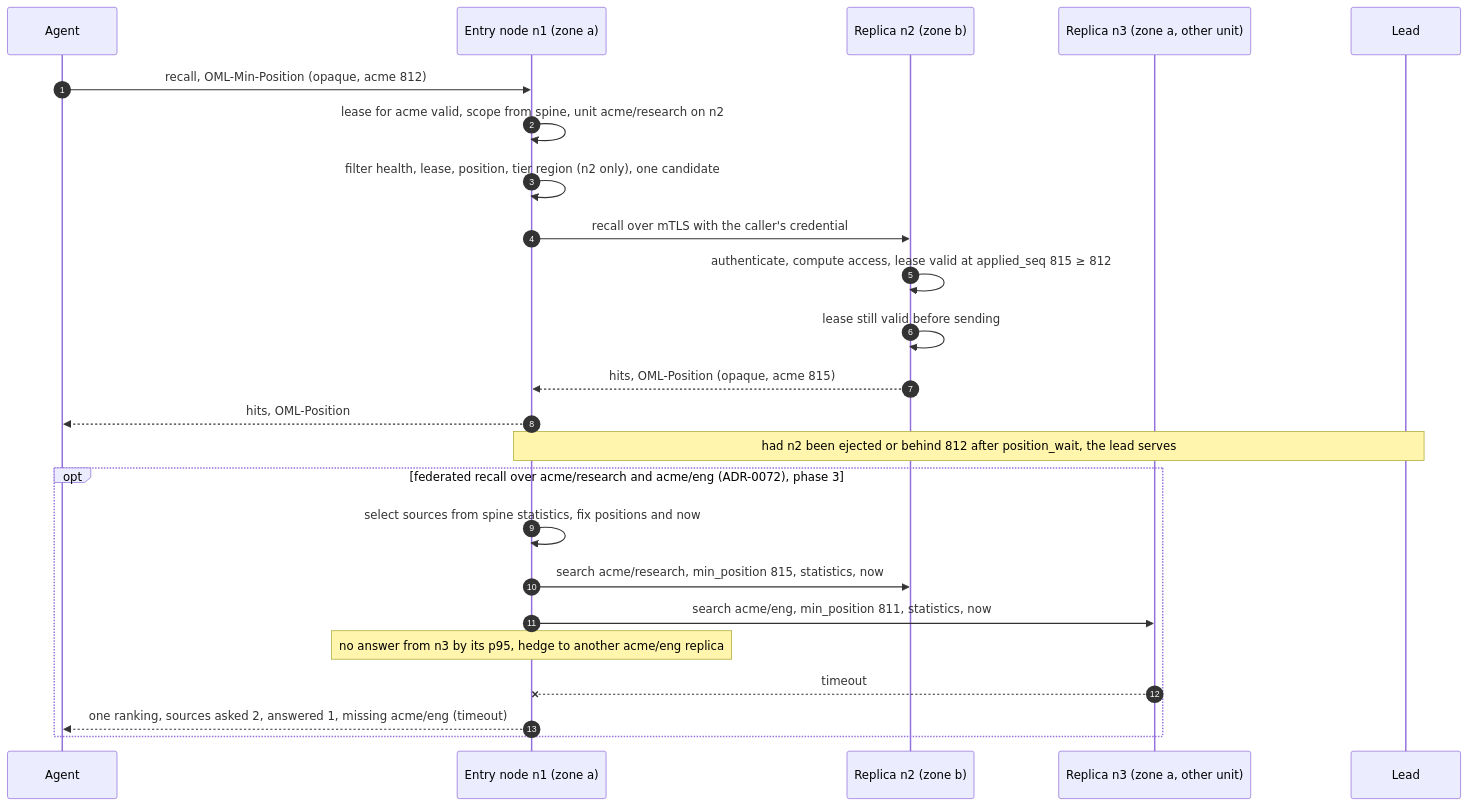
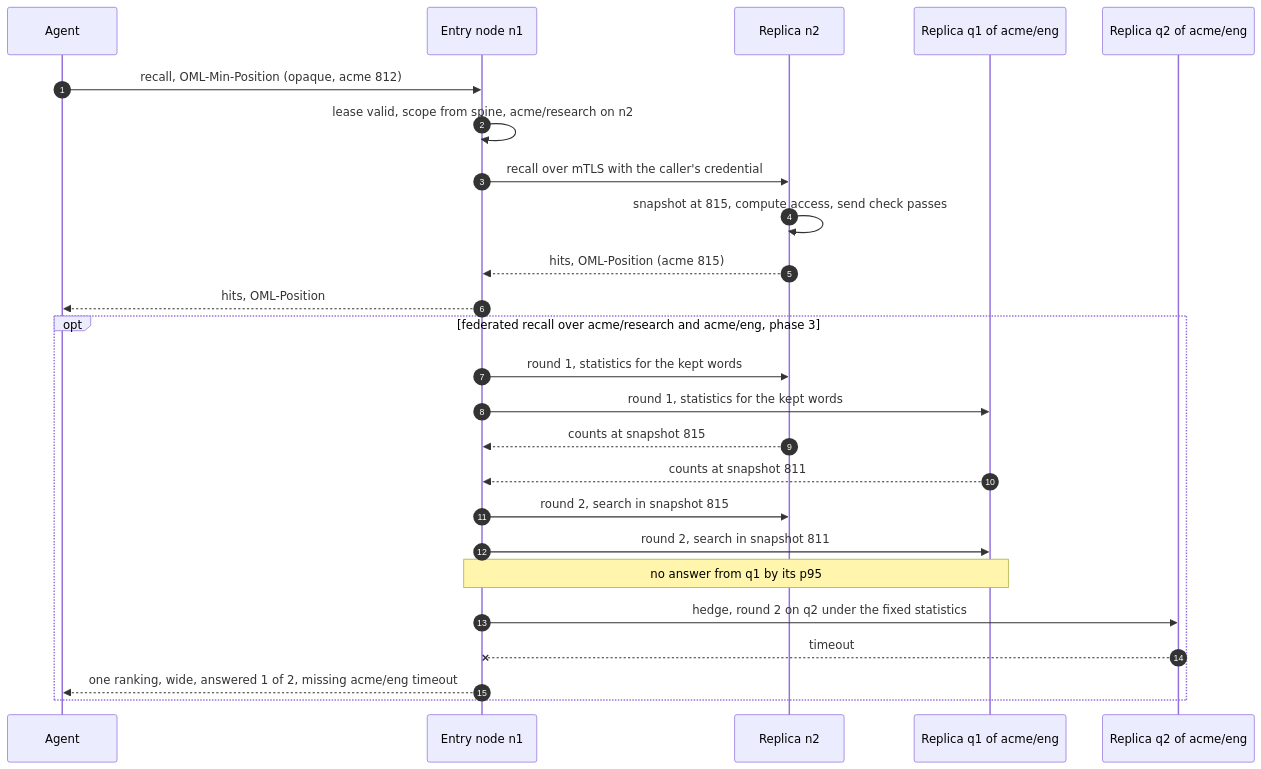
One commit to e8kor/open-memory-lab changed the third of 4 diagrams in docs/adr/ADR-0073-a-leader-signs-every-write-and-nodes-serve-the-workareas-placed-on-them-each-read-routed-to-the-closest-less-busy-replica-fresh-enough-for-it.md. Above: the diagram before and after it, drawn with Mermaid. The commit also changed other lines of this file and 3 other files, not shown here.

First line of the commit message:
ADR-0073 round 2: succession on the successor's own clock, a send check for reads in flight, unit keys, and phase 1a

````diff
--- a/docs/adr/ADR-0073-a-leader-signs-every-write-and-nodes-serve-the-workareas-placed-on-them-each-read-routed-to-the-closest-less-busy-replica-fresh-enough-for-it.md
+++ b/docs/adr/ADR-0073-a-leader-signs-every-write-and-nodes-serve-the-workareas-placed-on-them-each-read-routed-to-the-closest-less-busy-replica-fresh-enough-for-it.md
@@ -779,26 +507,27 @@
 ```mermaid
 sequenceDiagram
     autonumber
     participant A as Agent
-    participant E as Entry node n1 (zone a)
-    participant P as Replica n2 (zone b)
-    participant Q as Replica n3 (zone a, other unit)
-    participant L as Lead
+    participant E as Entry node n1
+    participant P as Replica n2
+    participant Q as Replica q1 of acme/eng
+    participant Q2 as Replica q2 of acme/eng
     A->>E: recall, OML-Min-Position (opaque, acme 812)
-    E->>E: lease for acme valid, scope from spine, unit acme/research on n2
-    E->>E: filter health, lease, position, tier region (n2 only), one candidate
+    E->>E: lease valid, scope from spine, acme/research on n2
     E->>P: recall over mTLS with the caller's credential
-    P->>P: authenticate, compute access, lease valid at applied_seq 815 ≥ 812
-    P->>P: lease still valid before sending
-    P-->>E: hits, OML-Position (opaque, acme 815)
+    P->>P: snapshot at 815, compute access, send check passes
+    P-->>E: hits, OML-Position (acme 815)
     E-->>A: hits, OML-Position
-    Note over E,L: had n2 been ejected or behind 812 after position_wait, the lead serves
-    opt federated recall over acme/research and acme/eng (ADR-0072), phase 3
-        E->>E: select sources from spine statistics, fix positions and now
-        E->>P: search acme/research, min_position 815, statistics, now
-        E->>Q: search acme/eng, min_position 811, statistics, now
-        Note over E: no answer from n3 by its p95, hedge to another acme/eng replica
-        Q--xE: timeout
-        E-->>A: one ranking, sources asked 2, answered 1, missing acme/eng (timeout)
+    opt federated recall over acme/research and acme/eng, phase 3
+        E->>P: round 1, statistics for the kept words
+        E->>Q: round 1, statistics for the kept words
+        P-->>E: counts at snapshot 815
+        Q-->>E: counts at snapshot 811
+        E->>P: round 2, search in snapshot 815
+        E->>Q: round 2, search in snapshot 811
+        Note over E,Q: no answer from q1 by its p95
+        E->>Q2: hedge, round 2 on q2 under the fixed statistics
+        Q2--xE: timeout
+        E-->>A: one ranking, wide, answered 1 of 2, missing acme/eng timeout
     end
 ```
````
